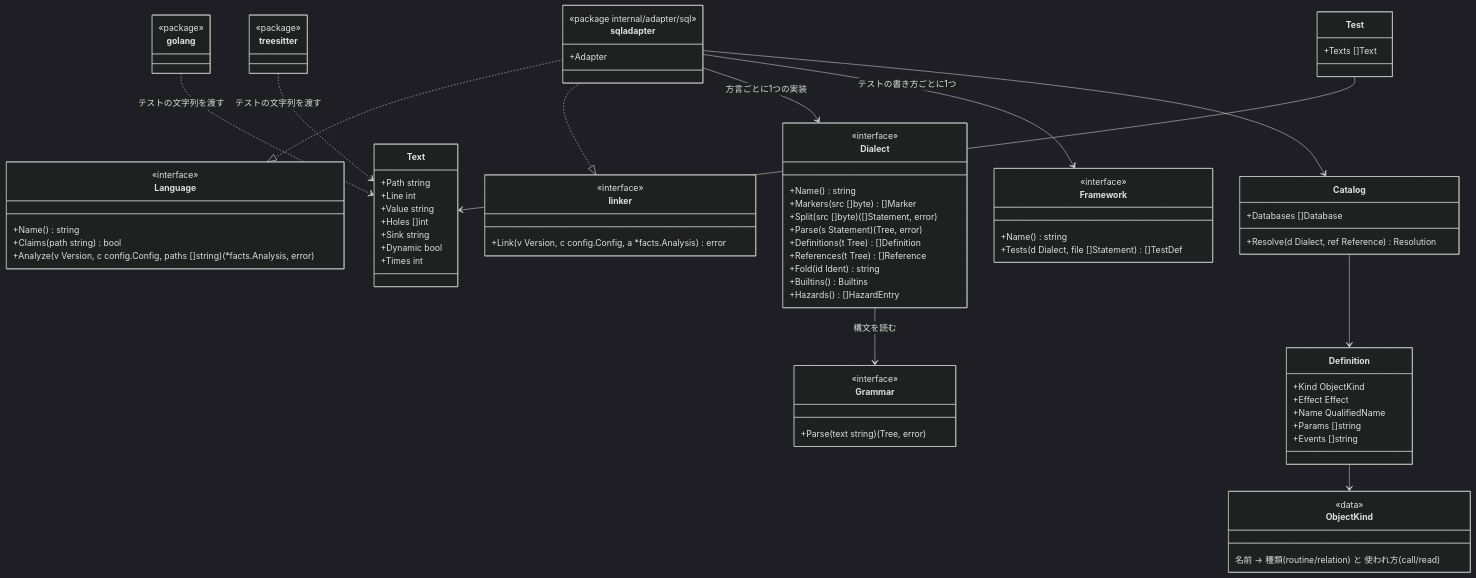
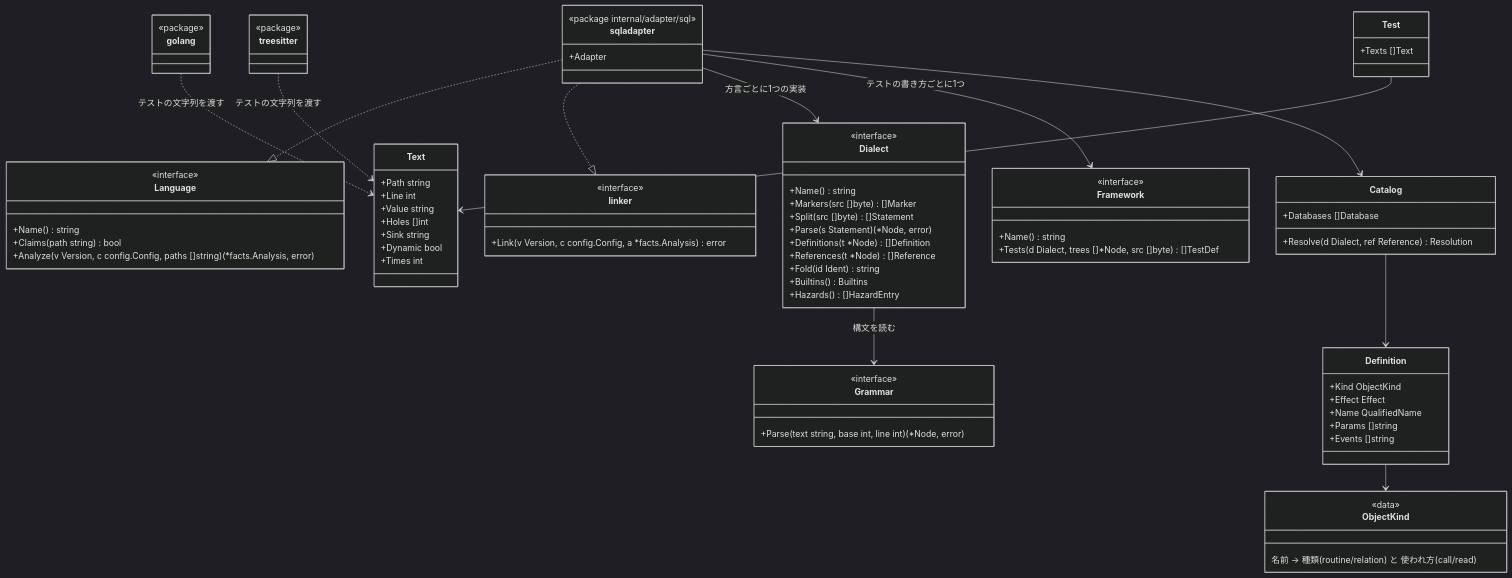
Before and after one commit to rerorets/hadome: the diagram in docs/design/adapters-sql.ja.md, drawn with Mermaid (dark theme). The commit also changed other lines of this file and 86 other files, not shown here.

````diff
--- a/docs/design/adapters-sql.ja.md
+++ b/docs/design/adapters-sql.ja.md
@@ -39,82 +39,82 @@
 ```mermaid
 classDiagram
   class Language {
     <<interface>>
     +Name() string
     +Claims(path string) bool
     +Analyze(v Version, c config.Config, paths []string) (*facts.Analysis, error)
   }
   class linker {
     <<interface>>
     +Link(v Version, c config.Config, a *facts.Analysis) error
   }
   class Test {
     +Texts []Text
   }
   class Text {
     +Path string
     +Line int
     +Value string
     +Holes []int
     +Sink string
     +Dynamic bool
     +Times int
   }
   class sqladapter {
     <<package internal/adapter/sql>>
     +Adapter
   }
   class Dialect {
     <<interface>>
     +Name() string
     +Markers(src []byte) []Marker
-    +Split(src []byte) ([]Statement, error)
-    +Parse(s Statement) (Tree, error)
-    +Definitions(t Tree) []Definition
-    +References(t Tree) []Reference
+    +Split(src []byte) []Statement
+    +Parse(s Statement) (*Node, error)
+    +Definitions(t *Node) []Definition
+    +References(t *Node) []Reference
     +Fold(id Ident) string
     +Builtins() Builtins
     +Hazards() []HazardEntry
   }
   class Grammar {
     <<interface>>
-    +Parse(text string) (Tree, error)
+    +Parse(text string, base int, line int) (*Node, error)
   }
   class Framework {
     <<interface>>
     +Name() string
-    +Tests(d Dialect, file []Statement) []TestDef
+    +Tests(d Dialect, trees []*Node, src []byte) []TestDef
   }
   class Catalog {
     +Databases []Database
     +Resolve(d Dialect, ref Reference) Resolution
   }
   class Definition {
     +Kind ObjectKind
     +Effect Effect
     +Name QualifiedName
     +Params []string
     +Events []string
   }
   class ObjectKind {
     <<data>>
     名前 → 種類(routine/relation) と 使われ方(call/read)
   }
   class golang {
     <<package>>
   }
   class treesitter {
     <<package>>
   }
   sqladapter ..|> Language
   sqladapter ..|> linker
   sqladapter --> Dialect : 方言ごとに1つの実装
   Dialect --> Grammar : 構文を読む
   sqladapter --> Framework : テストの書き方ごとに1つ
   sqladapter --> Catalog
   Catalog --> Definition
   Definition --> ObjectKind
   golang ..> Text : テストの文字列を渡す
   treesitter ..> Text : テストの文字列を渡す
   Test --> Text
 ```
````
